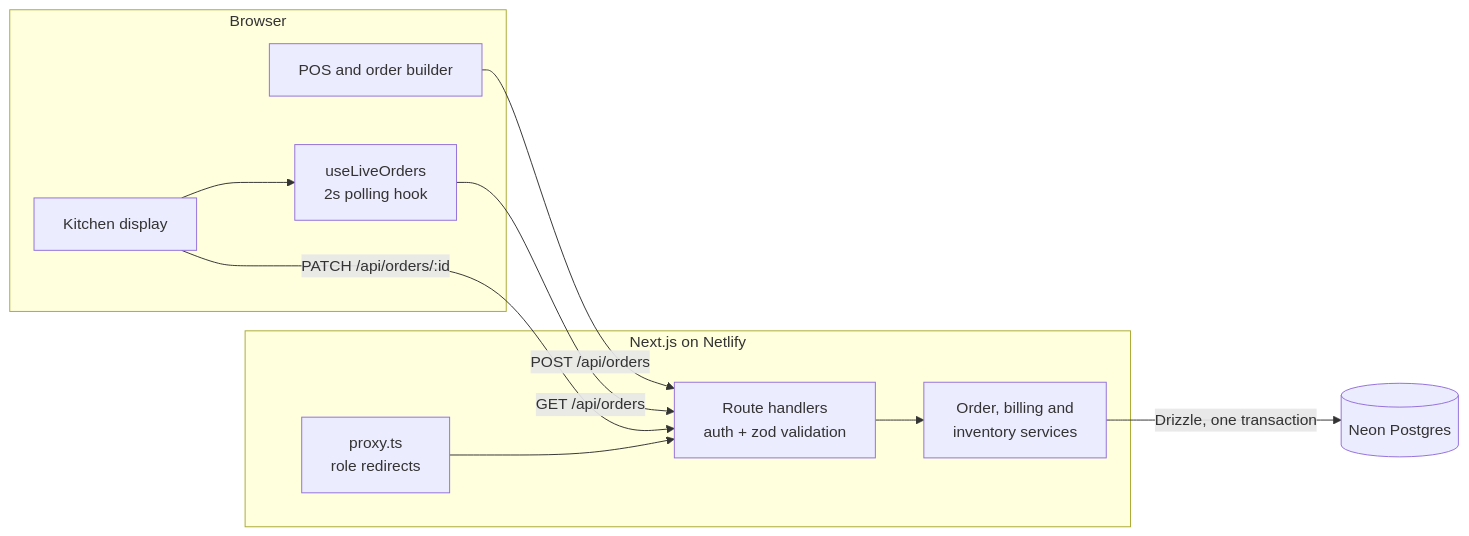
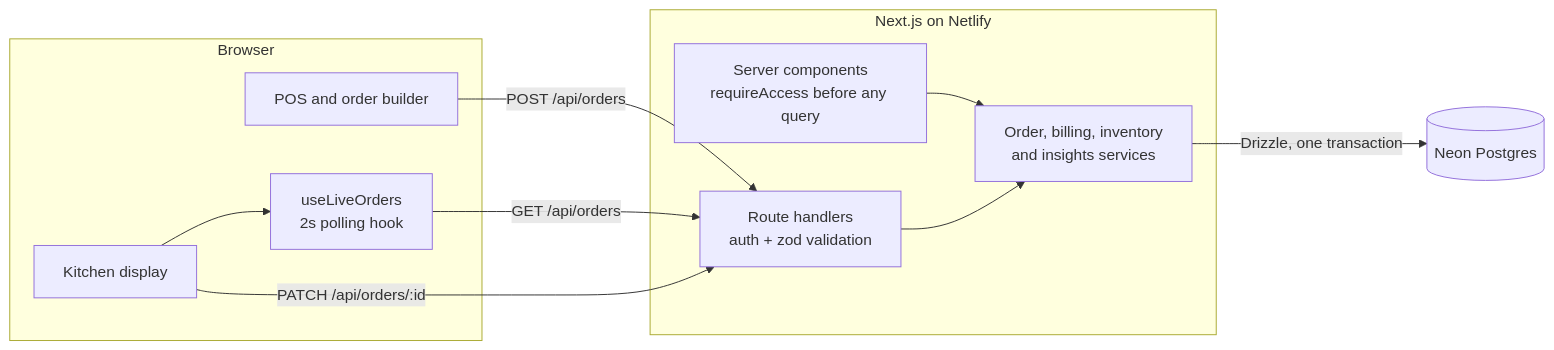
Before and after one commit to brandigail/bistroflow: the diagram in README.md, drawn with Mermaid. The commit also changed other lines of this file and 29 other files, not shown here.

Commit message:
refactor: replace middleware with page-level access guards; role-aware sign-in redirects; docs refresh

````diff
--- a/README.md
+++ b/README.md
@@ -69,20 +78,20 @@
 ```mermaid
 flowchart LR
   subgraph Browser
     POS[POS and order builder]
     KDS[Kitchen display]
     HOOK[useLiveOrders<br/>2s polling hook]
   end
   subgraph "Next.js on Netlify"
-    PROXY[proxy.ts<br/>role redirects]
+    PAGES[Server components<br/>requireAccess before any query]
     API[Route handlers<br/>auth + zod validation]
-    SVC[Order, billing and<br/>inventory services]
+    SVC[Order, billing, inventory<br/>and insights services]
   end
   DB[(Neon Postgres)]
 
   POS -->|POST /api/orders| API
   KDS --> HOOK -->|GET /api/orders| API
   KDS -->|PATCH /api/orders/:id| API
-  PROXY --> API
+  PAGES --> SVC
   API --> SVC -->|Drizzle, one transaction| DB
 ```
````
